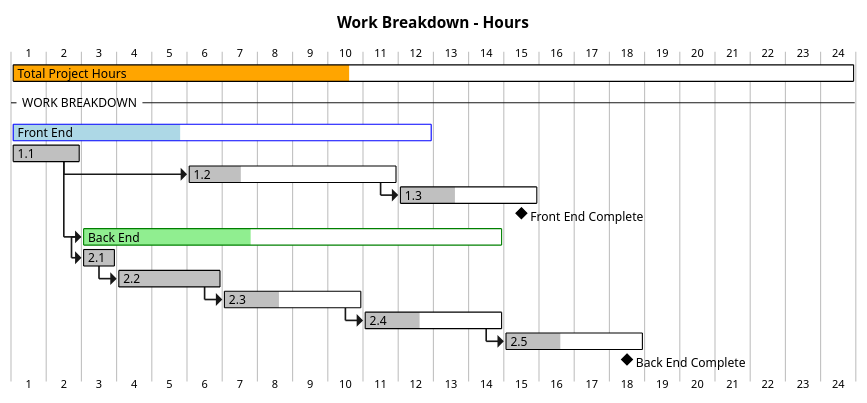
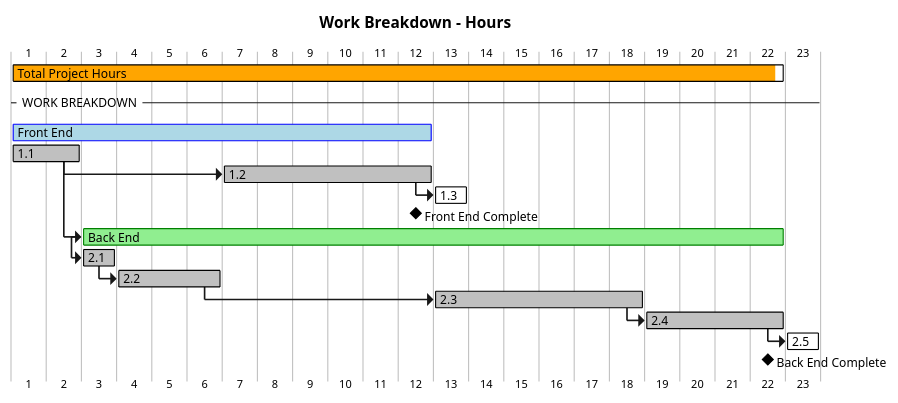
One commit to Miro-Stojanovic97/mirostoj-exercises-assessments changed the third of 3 diagrams in week-05/DontWreckMyHouse/README.md. Above: the diagram before and after it, drawn with PlantUML. The commit also changed other lines of this file and 1 other file, not shown here.

````diff
--- a/week-05/DontWreckMyHouse/README.md
+++ b/week-05/DontWreckMyHouse/README.md
@@ -203,47 +203,47 @@
 ```plantuml
 @startgantt
 printscale daily zoom 2
 title Work Breakdown - Hours
 
 /' Days in Gantt format below = Hours in project IRL '/
 
-[Total Project Hours] lasts 24 days
+[Total Project Hours] lasts 22 days
 [Total Project Hours] is colored in orange/black
-[Total Project Hours] is 40% complete
+[Total Project Hours] is 99% complete
 --WORK BREAKDOWN --
 [Front End] lasts 12 days
 [Front End] is colored in lightblue/blue
-[Front End] is 40% complete
+[Front End] is 100% complete
     [1.1] lasts 2 days
         [1.1] is colored in silver/black
         [1.1] is 100% completed
-    [1.2] starts 3 days after [1.1]'s end and lasts 6 days
+    [1.2] starts 4 days after [1.1]'s end and lasts 6 days
         [1.2] is colored in silver/black
-        [1.2] is 25% completed
-    [1.3] starts at [1.2]'s end and lasts 4 days
+        [1.2] is 100% completed
+    [1.3] starts at [1.2]'s end and lasts 1 days
         [1.3] is colored in silver/black
-        [1.3] is 40% completed
-[Front End Complete] happens at [1.3]'s end
+        [1.3] is 0% completed
+[Front End Complete] happens at [1.2]'s end
 
-[Back End] starts at [1.1]'s end and lasts 12 days
+[Back End] starts at [1.1]'s end and lasts 20 days
 [Back End] is colored in lightgreen/green
-[Back End] is 40% completed
+[Back End] is 100% completed
     [2.1] starts at [Back End]'s start and lasts 1 days
         [2.1] is colored in silver/black
         [2.1] is 100% complete
     [2.2] starts at [2.1]'s end and lasts 3 days
         [2.2] is colored in silver/black
         [2.2] is 100% complete
-    [2.3] starts at [2.2]'s end and lasts 4 days
+    [2.3] starts 6 days after [2.2]'s end and lasts 6 days
         [2.3] is colored in silver/black
-        [2.3] is 40% complete
+        [2.3] is 100% complete
     [2.4] starts at [2.3]'s end and lasts 4 days
         [2.4] is colored in silver/black
-        [2.4] is 40% complete
-    [2.5] starts at [2.4]'s end and lasts 4 days
+        [2.4] is 100% complete
+    [2.5] starts at [2.4]'s end and lasts 1 days
         [2.5] is colored in silver/black
-        [2.5] is 40% complete
-[Back End Complete] happens at [2.5]'s end
+        [2.5] is 0% complete
+[Back End Complete] happens at [2.4]'s end
 
 @endgantt
 ```
````
